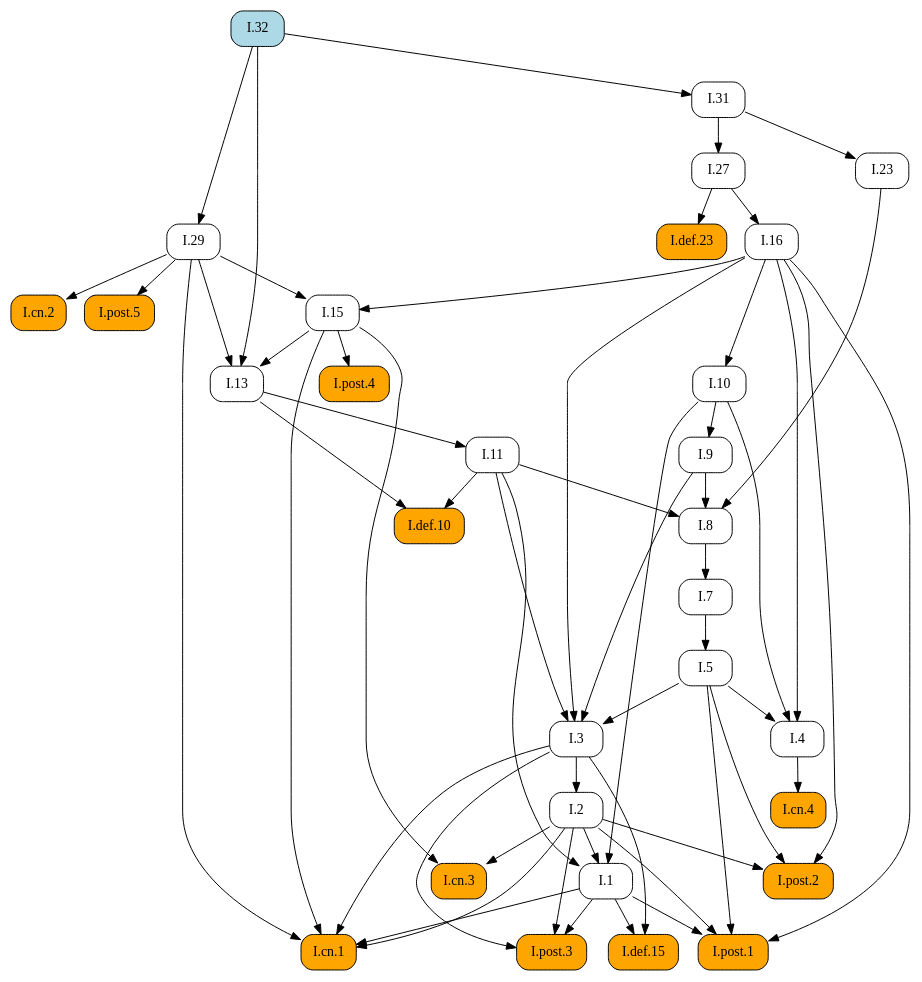
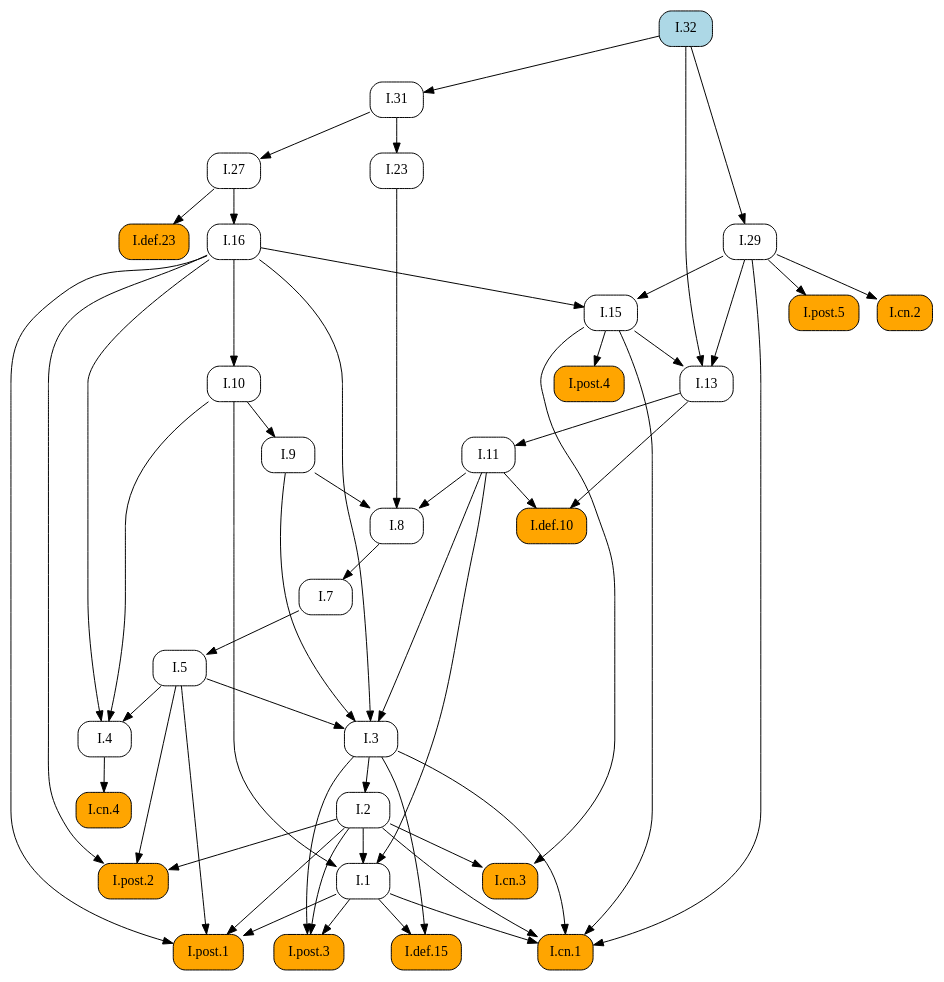
The diagram in docsrc/elements2/I/32/index.rst (geometor/elements), drawn with Graphviz before and after one commit. The commit also changed other lines of this file and 171 other files, not shown here.

```diff
--- a/docsrc/elements2/I/32/index.rst
+++ b/docsrc/elements2/I/32/index.rst
@@ -51,89 +51,89 @@
    digraph {
      rankdir="TB";
      node [shape=box, style=rounded];
+     "I.8" [URL="/elements2/I/8/", target="_top"];
+     "I.32" [style="rounded,filled", fillcolor=lightblue, URL="/elements2/I/32/", target="_top"];
+     "I.1" [URL="/elements2/I/1/", target="_top"];
+     "I.cn.3" [style="rounded,filled", fillcolor=orange, URL="/elements2/I/cn.3/", target="_top"];
+     "I.cn.4" [style="rounded,filled", fillcolor=orange, URL="/elements2/I/cn.4/", target="_top"];
+     "I.23" [URL="/elements2/I/23/", target="_top"];
+     "I.7" [URL="/elements2/I/7/", target="_top"];
+     "I.post.1" [style="rounded,filled", fillcolor=orange, URL="/elements2/I/post.1/", target="_top"];
+     "I.9" [URL="/elements2/I/9/", target="_top"];
+     "I.5" [URL="/elements2/I/5/", target="_top"];
+     "I.post.5" [style="rounded,filled", fillcolor=orange, URL="/elements2/I/post.5/", target="_top"];
+     "I.cn.1" [style="rounded,filled", fillcolor=orange, URL="/elements2/I/cn.1/", target="_top"];
+     "I.29" [URL="/elements2/I/29/", target="_top"];
+     "I.def.10" [style="rounded,filled", fillcolor=orange, URL="/elements2/I/def.10/", target="_top"];
      "I.16" [URL="/elements2/I/16/", target="_top"];
-     "I.def.10" [style="rounded,filled", fillcolor=orange, URL="/elements2/I/def.10/", target="_top"];
+     "I.post.4" [style="rounded,filled", fillcolor=orange, URL="/elements2/I/post.4/", target="_top"];
+     "I.cn.2" [style="rounded,filled", fillcolor=orange, URL="/elements2/I/cn.2/", target="_top"];
+     "I.13" [URL="/elements2/I/13/", target="_top"];
+     "I.2" [URL="/elements2/I/2/", target="_top"];
+     "I.27" [URL="/elements2/I/27/", target="_top"];
+     "I.def.15" [style="rounded,filled", fillcolor=orange, URL="/elements2/I/def.15/", target="_top"];
+     "I.4" [URL="/elements2/I/4/", target="_top"];
+     "I.31" [URL="/elements2/I/31/", target="_top"];
+     "I.11" [URL="/elements2/I/11/", target="_top"];
+     "I.10" [URL="/elements2/I/10/", target="_top"];
+     "I.15" [URL="/elements2/I/15/", target="_top"];
+     "I.3" [URL="/elements2/I/3/", target="_top"];
      "I.def.23" [style="rounded,filled", fillcolor=orange, URL="/elements2/I/def.23/", target="_top"];
-     "I.9" [URL="/elements2/I/9/", target="_top"];
-     "I.8" [URL="/elements2/I/8/", target="_top"];
-     "I.cn.2" [style="rounded,filled", fillcolor=orange, URL="/elements2/I/cn.2/", target="_top"];
-     "I.15" [URL="/elements2/I/15/", target="_top"];
-     "I.post.5" [style="rounded,filled", fillcolor=orange, URL="/elements2/I/post.5/", target="_top"];
-     "I.23" [URL="/elements2/I/23/", target="_top"];
-     "I.2" [URL="/elements2/I/2/", target="_top"];
-     "I.32" [style="rounded,filled", fillcolor=lightblue, URL="/elements2/I/32/", target="_top"];
-     "I.def.15" [style="rounded,filled", fillcolor=orange, URL="/elements2/I/def.15/", target="_top"];
-     "I.cn.4" [style="rounded,filled", fillcolor=orange, URL="/elements2/I/cn.4/", target="_top"];
+     "I.post.2" [style="rounded,filled", fillcolor=orange, URL="/elements2/I/post.2/", target="_top"];
      "I.post.3" [style="rounded,filled", fillcolor=orange, URL="/elements2/I/post.3/", target="_top"];
-     "I.1" [URL="/elements2/I/1/", target="_top"];
-     "I.27" [URL="/elements2/I/27/", target="_top"];
-     "I.post.2" [style="rounded,filled", fillcolor=orange, URL="/elements2/I/post.2/", target="_top"];
-     "I.13" [URL="/elements2/I/13/", target="_top"];
-     "I.31" [URL="/elements2/I/31/", target="_top"];
-     "I.10" [URL="/elements2/I/10/", target="_top"];
-     "I.post.1" [style="rounded,filled", fillcolor=orange, URL="/elements2/I/post.1/", target="_top"];
-     "I.7" [URL="/elements2/I/7/", target="_top"];
-     "I.post.4" [style="rounded,filled", fillcolor=orange, URL="/elements2/I/post.4/", target="_top"];
-     "I.cn.1" [style="rounded,filled", fillcolor=orange, URL="/elements2/I/cn.1/", target="_top"];
-     "I.3" [URL="/elements2/I/3/", target="_top"];
-     "I.cn.3" [style="rounded,filled", fillcolor=orange, URL="/elements2/I/cn.3/", target="_top"];
-     "I.11" [URL="/elements2/I/11/", target="_top"];
-     "I.29" [URL="/elements2/I/29/", target="_top"];
-     "I.5" [URL="/elements2/I/5/", target="_top"];
-     "I.4" [URL="/elements2/I/4/", target="_top"];
-     "I.27" -> "I.16";
-     "I.11" -> "I.def.10";
-     "I.13" -> "I.def.10";
-     "I.27" -> "I.def.23";
-     "I.10" -> "I.9";
      "I.9" -> "I.8";
      "I.11" -> "I.8";
      "I.23" -> "I.8";
-     "I.29" -> "I.cn.2";
-     "I.16" -> "I.15";
-     "I.29" -> "I.15";
-     "I.29" -> "I.post.5";
-     "I.31" -> "I.23";
-     "I.3" -> "I.2";
-     "I.1" -> "I.def.15";
-     "I.3" -> "I.def.15";
-     "I.4" -> "I.cn.4";
-     "I.1" -> "I.post.3";
-     "I.2" -> "I.post.3";
-     "I.3" -> "I.post.3";
      "I.2" -> "I.1";
      "I.10" -> "I.1";
      "I.11" -> "I.1";
-     "I.31" -> "I.27";
-     "I.2" -> "I.post.2";
-     "I.5" -> "I.post.2";
-     "I.16" -> "I.post.2";
-     "I.15" -> "I.13";
-     "I.29" -> "I.13";
-     "I.32" -> "I.13";
-     "I.32" -> "I.31";
-     "I.16" -> "I.10";
+     "I.2" -> "I.cn.3";
+     "I.15" -> "I.cn.3";
+     "I.4" -> "I.cn.4";
+     "I.31" -> "I.23";
+     "I.8" -> "I.7";
      "I.1" -> "I.post.1";
      "I.2" -> "I.post.1";
      "I.5" -> "I.post.1";
      "I.16" -> "I.post.1";
-     "I.8" -> "I.7";
-     "I.15" -> "I.post.4";
+     "I.10" -> "I.9";
+     "I.7" -> "I.5";
+     "I.29" -> "I.post.5";
      "I.1" -> "I.cn.1";
      "I.2" -> "I.cn.1";
      "I.3" -> "I.cn.1";
      "I.15" -> "I.cn.1";
      "I.29" -> "I.cn.1";
+     "I.32" -> "I.29";
+     "I.11" -> "I.def.10";
+     "I.13" -> "I.def.10";
+     "I.27" -> "I.16";
+     "I.15" -> "I.post.4";
+     "I.29" -> "I.cn.2";
+     "I.15" -> "I.13";
+     "I.29" -> "I.13";
+     "I.32" -> "I.13";
+     "I.3" -> "I.2";
+     "I.31" -> "I.27";
+     "I.1" -> "I.def.15";
+     "I.3" -> "I.def.15";
+     "I.5" -> "I.4";
+     "I.10" -> "I.4";
+     "I.16" -> "I.4";
+     "I.32" -> "I.31";
+     "I.13" -> "I.11";
+     "I.16" -> "I.10";
+     "I.16" -> "I.15";
+     "I.29" -> "I.15";
      "I.5" -> "I.3";
      "I.9" -> "I.3";
      "I.11" -> "I.3";
      "I.16" -> "I.3";
-     "I.2" -> "I.cn.3";
-     "I.15" -> "I.cn.3";
-     "I.13" -> "I.11";
-     "I.32" -> "I.29";
-     "I.7" -> "I.5";
-     "I.5" -> "I.4";
-     "I.10" -> "I.4";
-     "I.16" -> "I.4";
+     "I.27" -> "I.def.23";
+     "I.2" -> "I.post.2";
+     "I.5" -> "I.post.2";
+     "I.16" -> "I.post.2";
+     "I.1" -> "I.post.3";
+     "I.2" -> "I.post.3";
+     "I.3" -> "I.post.3";
    }
```
